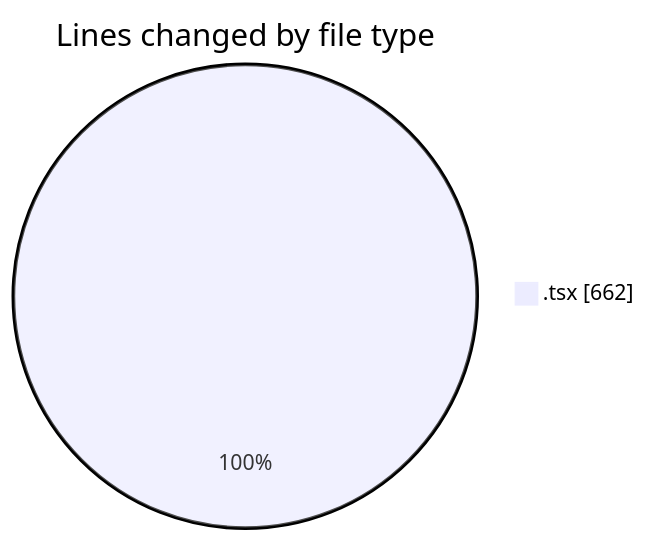
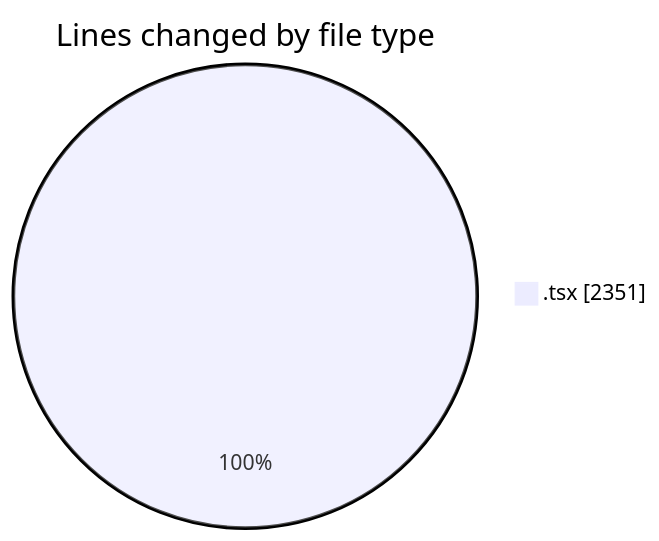
Before and after one commit to nxtqubesakshisongat/code-tracking: the first of 2 diagrams in 2026-07-16/nxtqube_webapp/README.md, drawn with Mermaid. The commit also changed other lines of this file and 1 other file, not shown here.

````diff
--- a/2026-07-16/nxtqube_webapp/README.md
+++ b/2026-07-16/nxtqube_webapp/README.md
@@ -22,5 +23,5 @@
 ```mermaid
 pie showData
 title Lines changed by file type
-".tsx" : 662
+".tsx" : 2351
 ```
````
